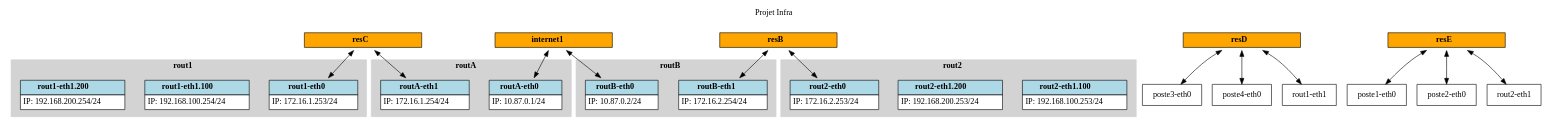
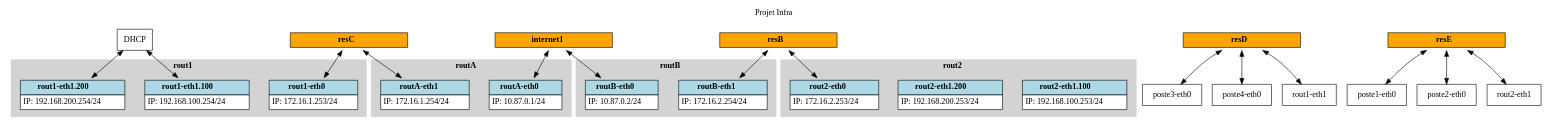
The diagram in graph.dot (jeo284/Projet-Infrastructure-Reseau), drawn with Graphviz before and after one commit. The commit also changed 1 other file, not shown here.

Commit message:
add DHCP dans le graph

```diff
--- a/graph.dot
+++ b/graph.dot
@@ -193,6 +193,8 @@
 
 
 "resC"->"rout1-eth0";
+"DHCP"->"rout1-eth1.100";
+"DHCP"->"rout1-eth1.200";
 "resC"->"routA-eth1";
 "resB"->"rout2-eth0";
 "resB"->"routB-eth1";
```
